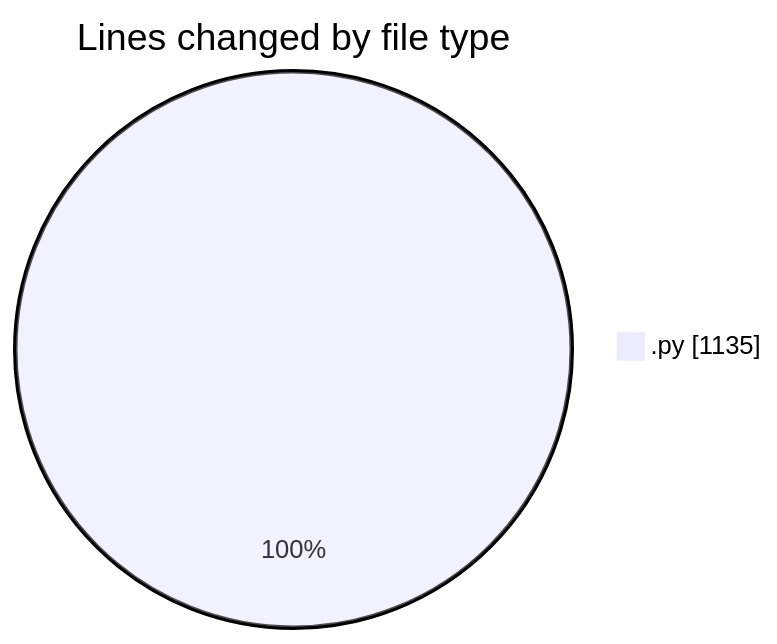
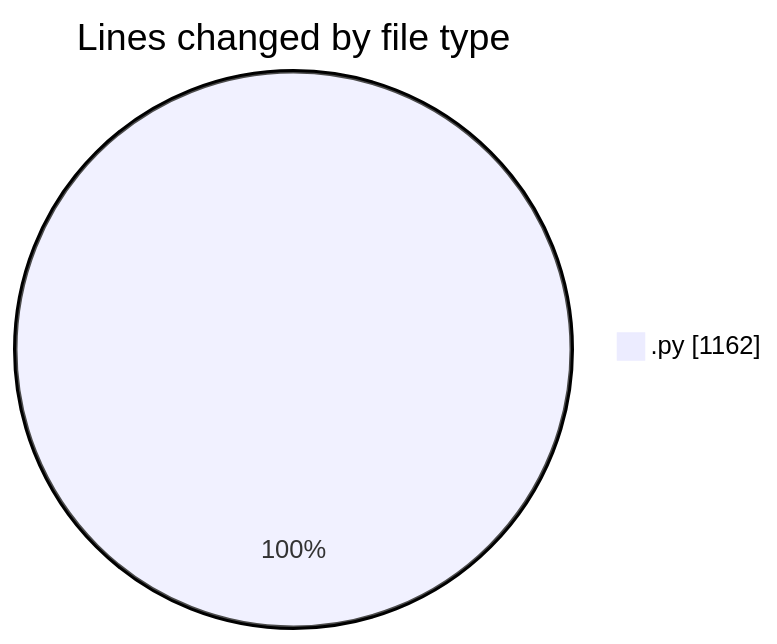
Before and after one commit to momahboobian/code-tracking: the first of 2 diagrams in 2025-05-06/samplepdf/README.md, drawn with Mermaid. The commit also changed other lines of this file and 1 other file, not shown here.

````diff
--- a/2025-05-06/samplepdf/README.md
+++ b/2025-05-06/samplepdf/README.md
@@ -31,5 +31,5 @@
 ```mermaid
 pie showData
 title Lines changed by file type
-".py" : 1135
+".py" : 1162
 ```
````
